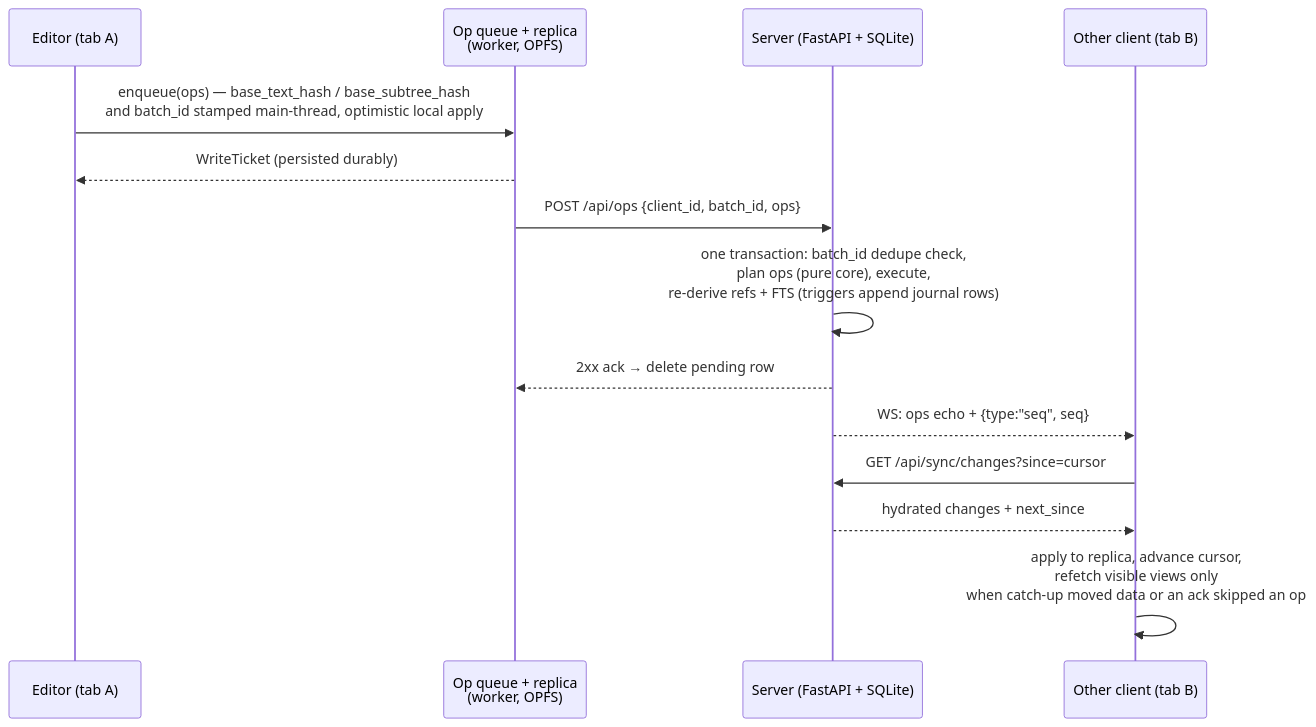
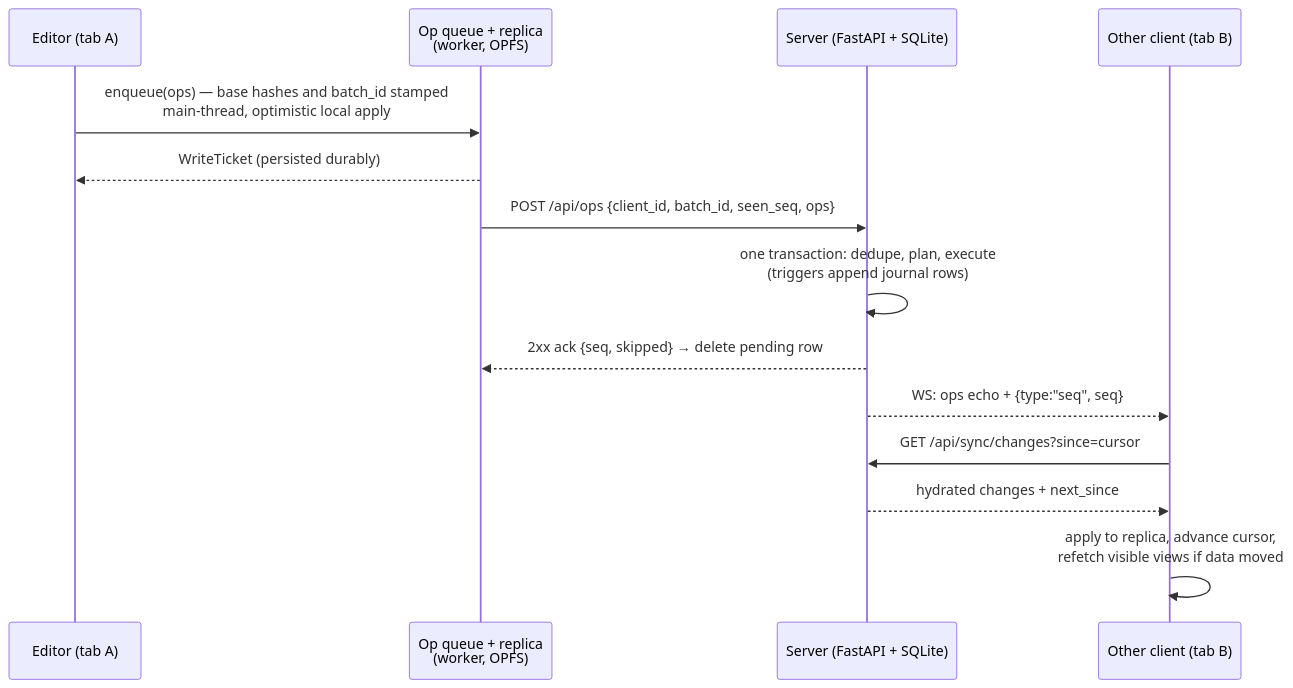
The first of 2 diagrams in docs/architecture/sync-and-offline.md (ArthurClune/pkm-system), drawn with Mermaid before and after one commit. The commit also changed other lines of this file and 8 other files, not shown here.

````diff
--- a/docs/architecture/sync-and-offline.md
+++ b/docs/architecture/sync-and-offline.md
@@ -54,17 +73,17 @@
 ```mermaid
 sequenceDiagram
     participant U as Editor (tab A)
     participant Q as Op queue + replica<br/>(worker, OPFS)
     participant S as Server (FastAPI + SQLite)
     participant B as Other client (tab B)
 
-    U->>Q: enqueue(ops) — base_text_hash / base_subtree_hash<br/>and batch_id stamped main-thread, optimistic local apply
+    U->>Q: enqueue(ops) — base hashes and batch_id stamped<br/>main-thread, optimistic local apply
     Q-->>U: WriteTicket (persisted durably)
-    Q->>S: POST /api/ops {client_id, batch_id, ops}
-    S->>S: one transaction: batch_id dedupe check,<br/>plan ops (pure core), execute,<br/>re-derive refs + FTS (triggers append journal rows)
-    S-->>Q: 2xx ack → delete pending row
+    Q->>S: POST /api/ops {client_id, batch_id, seen_seq, ops}
+    S->>S: one transaction: dedupe, plan, execute<br/>(triggers append journal rows)
+    S-->>Q: 2xx ack {seq, skipped} → delete pending row
     S-->>B: WS: ops echo + {type:"seq", seq}
     B->>S: GET /api/sync/changes?since=cursor
     S-->>B: hydrated changes + next_since
-    B->>B: apply to replica, advance cursor,<br/>refetch visible views only<br/>when catch-up moved data or an ack skipped an op
+    B->>B: apply to replica, advance cursor,<br/>refetch visible views if data moved
 ```
````
